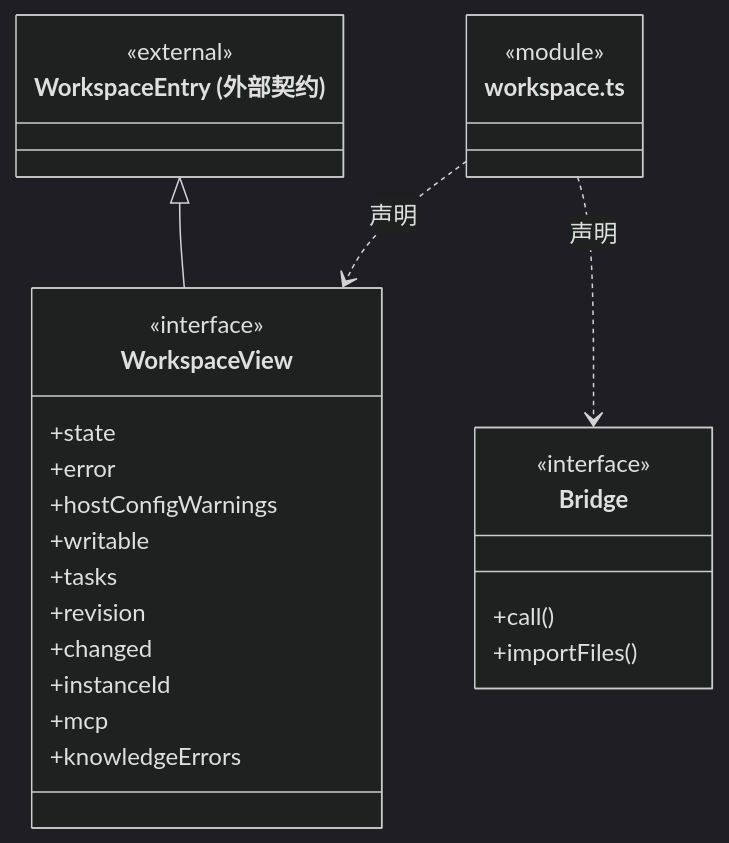
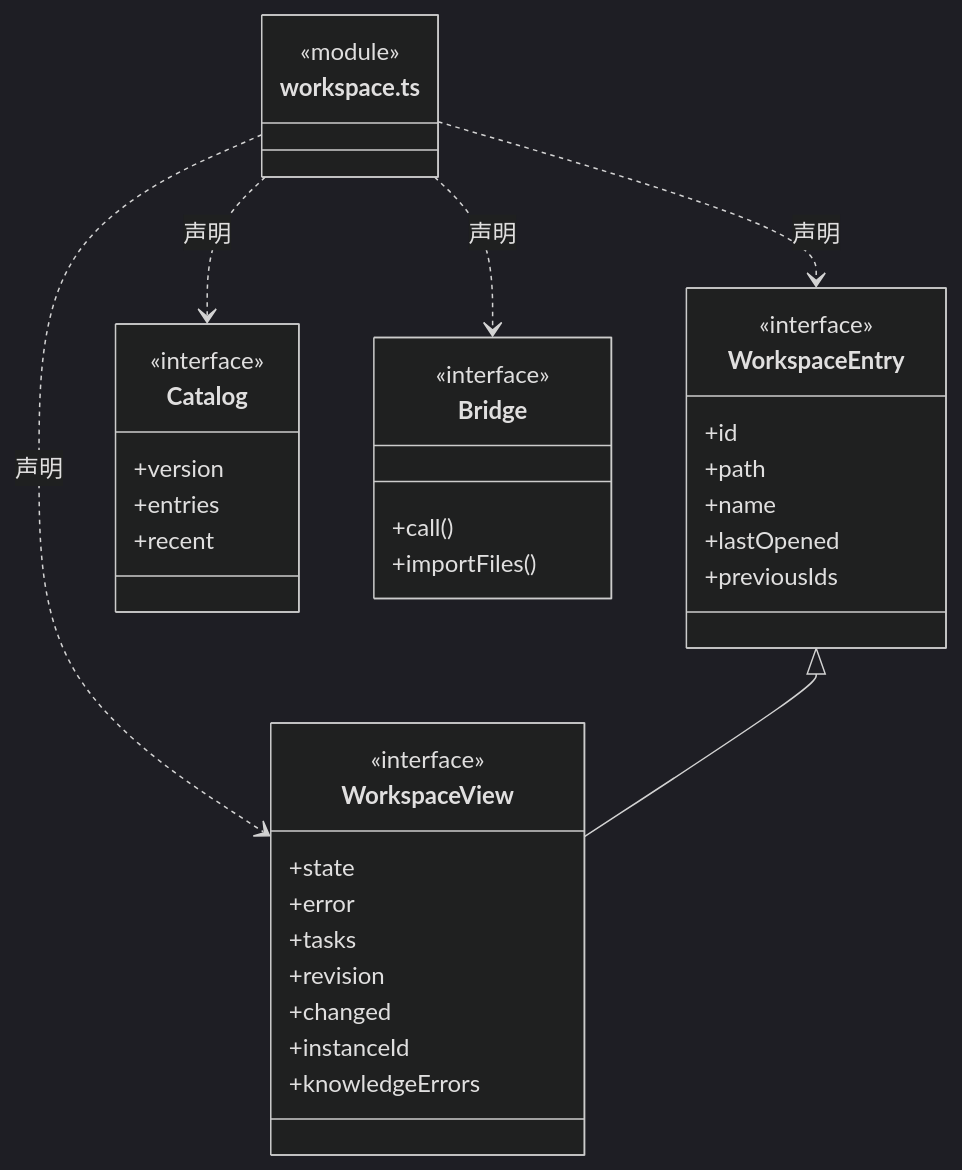
One commit to nan023062/cbim changed the ninth of 10 diagrams in src/bridge/contracts/ARCHITECTURE.md. Above: the diagram before and after it, drawn with Mermaid (dark theme). The commit also changed other lines of this file and 211 other files, not shown here.

````diff
--- a/src/bridge/contracts/ARCHITECTURE.md
+++ b/src/bridge/contracts/ARCHITECTURE.md
@@ -185,30 +159,40 @@
 ```mermaid
 classDiagram
 class N_src_bridge_contracts_workspace_ts["workspace.ts"] {
   <<module>>
 }
+class N_src_bridge_contracts_workspace_ts_WorkspaceEntry["WorkspaceEntry"] {
+  <<interface>>
+  +id
+  +path
+  +name
+  +lastOpened
+  +previousIds
+}
+N_src_bridge_contracts_workspace_ts ..> N_src_bridge_contracts_workspace_ts_WorkspaceEntry : 声明
+class N_src_bridge_contracts_workspace_ts_Catalog["Catalog"] {
+  <<interface>>
+  +version
+  +entries
+  +recent
+}
+N_src_bridge_contracts_workspace_ts ..> N_src_bridge_contracts_workspace_ts_Catalog : 声明
 class N_src_bridge_contracts_workspace_ts_WorkspaceView["WorkspaceView"] {
   <<interface>>
   +state
   +error
-  +hostConfigWarnings
-  +writable
   +tasks
   +revision
   +changed
   +instanceId
-  +mcp
   +knowledgeErrors
 }
 N_src_bridge_contracts_workspace_ts ..> N_src_bridge_contracts_workspace_ts_WorkspaceView : 声明
-class N_src_bridge_contracts_workspace_ts_external_WorkspaceEntry["WorkspaceEntry (外部契约)"] {
-  <<external>>
-}
-N_src_bridge_contracts_workspace_ts_external_WorkspaceEntry <|-- N_src_bridge_contracts_workspace_ts_WorkspaceView
+N_src_bridge_contracts_workspace_ts_WorkspaceEntry <|-- N_src_bridge_contracts_workspace_ts_WorkspaceView
 class N_src_bridge_contracts_workspace_ts_Bridge["Bridge"] {
   <<interface>>
   +call()
   +importFiles()
 }
 N_src_bridge_contracts_workspace_ts ..> N_src_bridge_contracts_workspace_ts_Bridge : 声明
 ```
````
